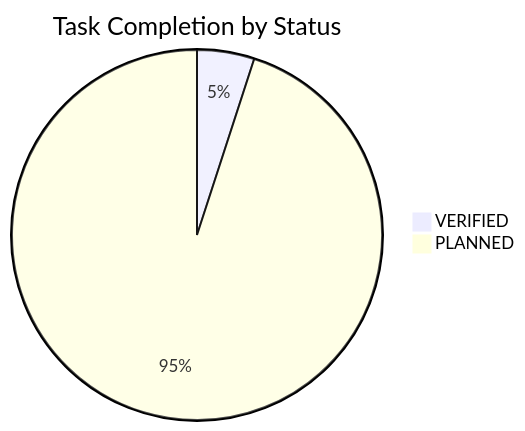
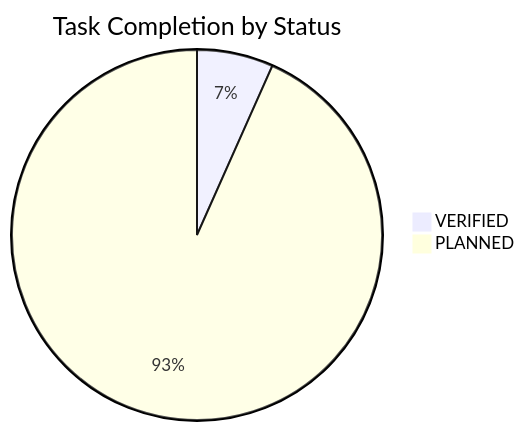
The diagram in docs/TASK_BOARD.md (NguyenTriBaoThang/ClearWayAI), drawn with Mermaid before and after one commit. The commit also changed other lines of this file and 22 other files, not shown here.

Commit message:
docs: establish comprehensive multi-tier readme system and architecture specifications

````diff
--- a/docs/TASK_BOARD.md
+++ b/docs/TASK_BOARD.md
@@ -16,5 +16,5 @@
 ```mermaid
 pie title Task Completion by Status
-    "VERIFIED" : 3
-    "PLANNED" : 57
+    "VERIFIED" : 4
+    "PLANNED" : 56
 ```
````
